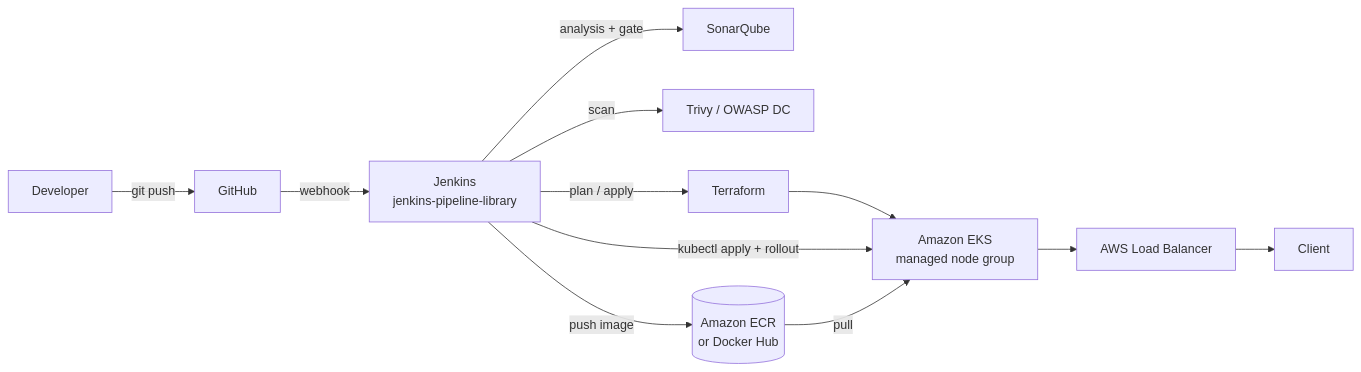
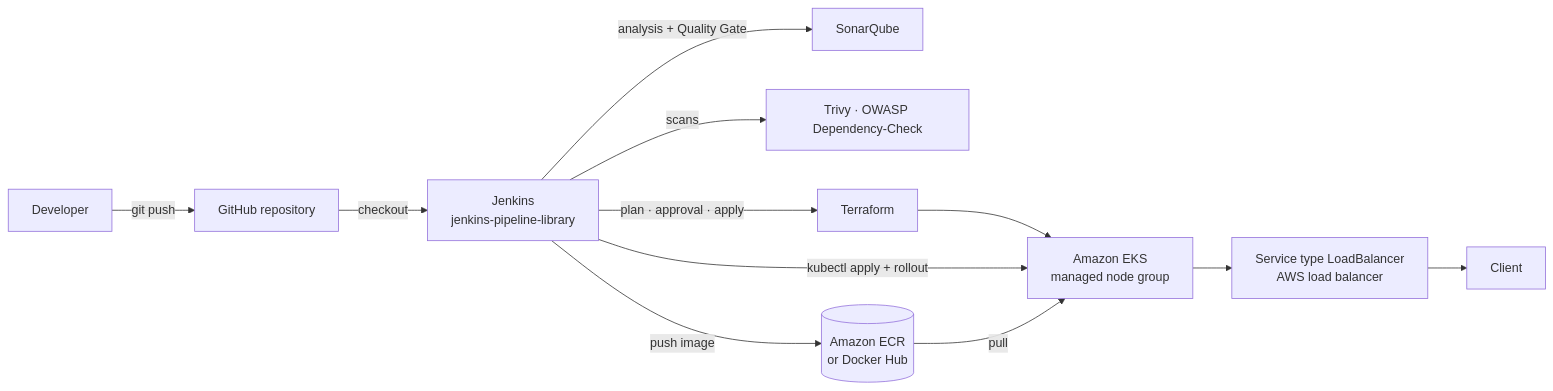
The diagram in README.md (ElloughWassim/springboot-terraform-eks), drawn with Mermaid before and after one commit. The commit also changed other lines of this file, not shown here.

````diff
--- a/README.md
+++ b/README.md
@@ -38,13 +46,13 @@
 ```mermaid
 flowchart LR
-    Dev[Developer] -->|git push| GH[GitHub]
-    GH -->|webhook| J[Jenkins<br/>jenkins-pipeline-library]
-    J -->|analysis + gate| SQ[SonarQube]
-    J -->|scan| TR[Trivy / OWASP DC]
+    Dev[Developer] -->|git push| GH[GitHub repository]
+    GH -->|checkout| J[Jenkins<br/>jenkins-pipeline-library]
+    J -->|analysis + Quality Gate| SQ[SonarQube]
+    J -->|scans| TR[Trivy · OWASP Dependency-Check]
     J -->|push image| REG[(Amazon ECR<br/>or Docker Hub)]
-    J -->|plan / apply| TF[Terraform]
+    J -->|plan · approval · apply| TF[Terraform]
     TF --> EKS[Amazon EKS<br/>managed node group]
     J -->|kubectl apply + rollout| EKS
     REG -->|pull| EKS
-    EKS --> LB[AWS Load Balancer] --> User[Client]
+    EKS --> LB[Service type LoadBalancer<br/>AWS load balancer] --> User[Client]
 ```
````
